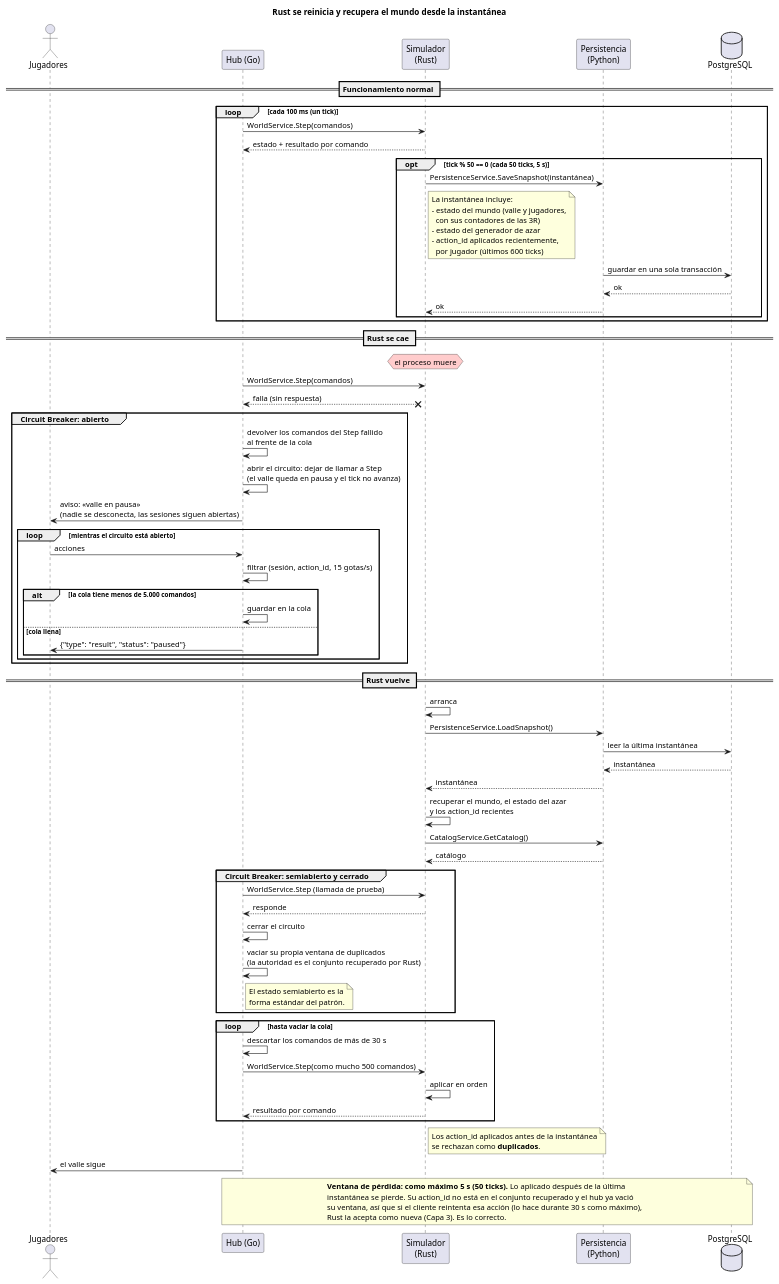
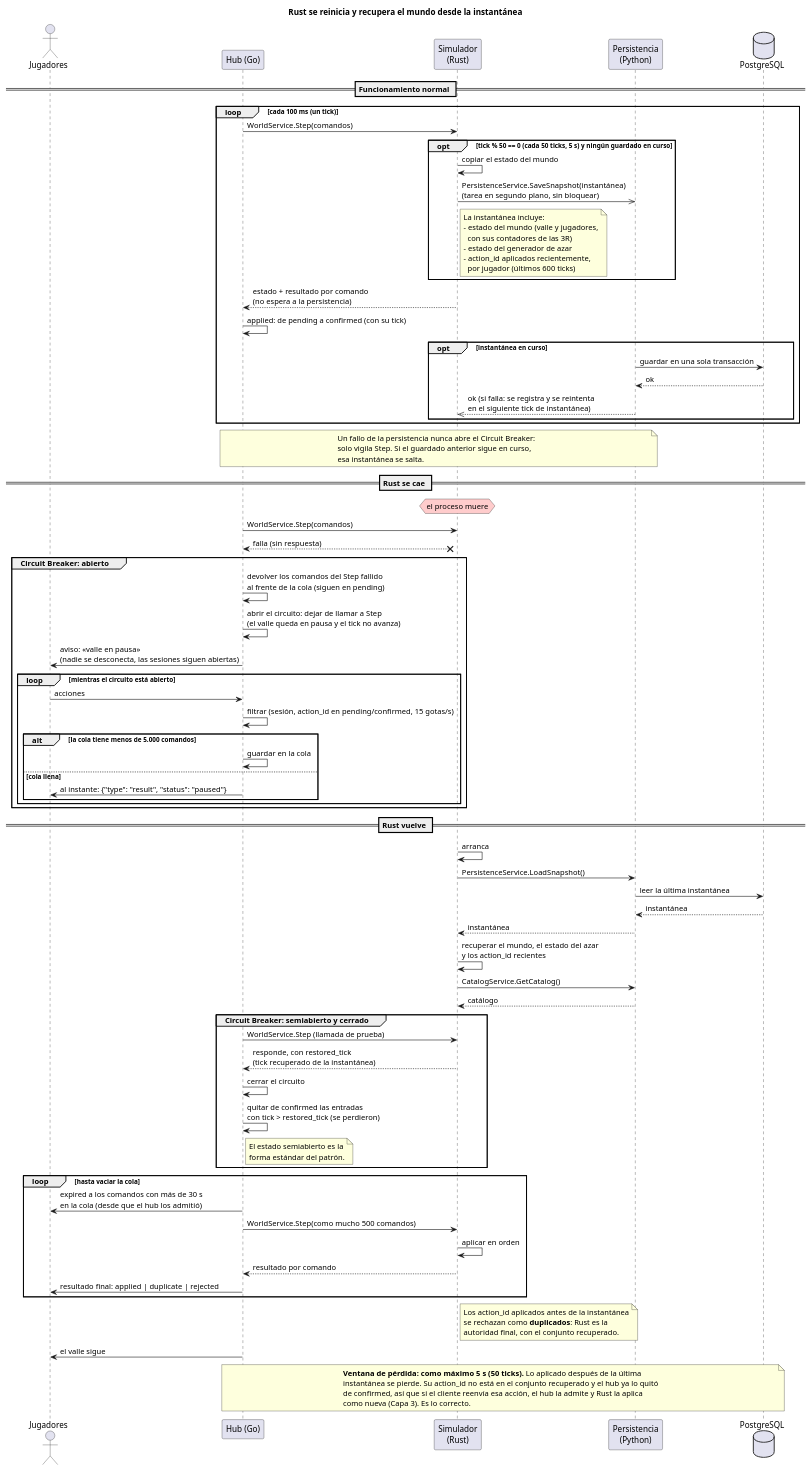
Before and after one commit to iadev2005/hydrovalley: the diagram in docs/diagrams/04-secuencia-reinicio-rust.puml, drawn with PlantUML. The commit also changed 5 other files, not shown here.

```diff
--- a/docs/diagrams/04-secuencia-reinicio-rust.puml
+++ b/docs/diagrams/04-secuencia-reinicio-rust.puml
@@ -1,93 +1,104 @@
 @startuml 04-secuencia-reinicio-rust
 title Rust se reinicia y recupera el mundo desde la instantánea
 
 actor "Jugadores" as Players
 participant "Hub (Go)" as Hub
 participant "Simulador\n(Rust)" as World
 participant "Persistencia\n(Python)" as Persistence
 database "PostgreSQL" as Db
 
 == Funcionamiento normal ==
 
 loop cada 100 ms (un tick)
   Hub -> World : WorldService.Step(comandos)
-  World --> Hub : estado + resultado por comando
-  opt tick % 50 == 0 (cada 50 ticks, 5 s)
-    World -> Persistence : PersistenceService.SaveSnapshot(instantánea)
+  opt tick % 50 == 0 (cada 50 ticks, 5 s) y ningún guardado en curso
+    World -> World : copiar el estado del mundo
+    World ->> Persistence : PersistenceService.SaveSnapshot(instantánea)\n(tarea en segundo plano, sin bloquear)
     note right of World
       La instantánea incluye:
       - estado del mundo (valle y jugadores,
         con sus contadores de las 3R)
       - estado del generador de azar
       - action_id aplicados recientemente,
         por jugador (últimos 600 ticks)
     end note
+  end
+  World --> Hub : estado + resultado por comando\n(no espera a la persistencia)
+  Hub -> Hub : applied: de pending a confirmed (con su tick)
+  opt instantánea en curso
     Persistence -> Db : guardar en una sola transacción
     Db --> Persistence : ok
-    Persistence --> World : ok
+    Persistence -->> World : ok (si falla: se registra y se reintenta\nen el siguiente tick de instantánea)
   end
 end
+note over Hub, Persistence
+  Un fallo de la persistencia nunca abre el Circuit Breaker:
+  solo vigila Step. Si el guardado anterior sigue en curso,
+  esa instantánea se salta.
+end note
 
 == Rust se cae ==
 
 hnote over World #FFCCCC : el proceso muere
 Hub -> World : WorldService.Step(comandos)
 Hub <--x World : falla (sin respuesta)
 
 group Circuit Breaker: abierto
-  Hub -> Hub : devolver los comandos del Step fallido\nal frente de la cola
+  Hub -> Hub : devolver los comandos del Step fallido\nal frente de la cola (siguen en pending)
   Hub -> Hub : abrir el circuito: dejar de llamar a Step\n(el valle queda en pausa y el tick no avanza)
   Hub -> Players : aviso: «valle en pausa»\n(nadie se desconecta, las sesiones siguen abiertas)
   loop mientras el circuito está abierto
     Players -> Hub : acciones
-    Hub -> Hub : filtrar (sesión, action_id, 15 gotas/s)
+    Hub -> Hub : filtrar (sesión, action_id en pending/confirmed, 15 gotas/s)
     alt la cola tiene menos de 5.000 comandos
       Hub -> Hub : guardar en la cola
     else cola llena
-      Hub -> Players : {"type": "result", "status": "paused"}
+      Hub -> Players : al instante: {"type": "result", "status": "paused"}
     end
   end
 end
 
 == Rust vuelve ==
 
 World -> World : arranca
 World -> Persistence : PersistenceService.LoadSnapshot()
 Persistence -> Db : leer la última instantánea
 Db --> Persistence : instantánea
 Persistence --> World : instantánea
 World -> World : recuperar el mundo, el estado del azar\ny los action_id recientes
 World -> Persistence : CatalogService.GetCatalog()
 Persistence --> World : catálogo
 
 group Circuit Breaker: semiabierto y cerrado
   Hub -> World : WorldService.Step (llamada de prueba)
-  World --> Hub : responde
+  World --> Hub : responde, con restored_tick\n(tick recuperado de la instantánea)
   Hub -> Hub : cerrar el circuito
-  Hub -> Hub : vaciar su propia ventana de duplicados\n(la autoridad es el conjunto recuperado por Rust)
+  Hub -> Hub : quitar de confirmed las entradas\ncon tick > restored_tick (se perdieron)
   note right of Hub
     El estado semiabierto es la
     forma estándar del patrón.
   end note
 end
 
 loop hasta vaciar la cola
-  Hub -> Hub : descartar los comandos de más de 30 s
+  Hub -> Players : expired a los comandos con más de 30 s\nen la cola (desde que el hub los admitió)
   Hub -> World : WorldService.Step(como mucho 500 comandos)
   World -> World : aplicar en orden
   World --> Hub : resultado por comando
+  Hub -> Players : resultado final: applied | duplicate | rejected
 end
 note right of World
   Los action_id aplicados antes de la instantánea
-  se rechazan como <b>duplicados</b>.
+  se rechazan como <b>duplicados</b>: Rust es la
+  autoridad final, con el conjunto recuperado.
 end note
 Hub -> Players : el valle sigue
 
 note over Hub, Db
   <b>Ventana de pérdida: como máximo 5 s (50 ticks).</b> Lo aplicado después de la última
-  instantánea se pierde. Su action_id no está en el conjunto recuperado y el hub ya vació
-  su ventana, así que si el cliente reintenta esa acción (lo hace durante 30 s como máximo),
-  Rust la acepta como nueva (Capa 3). Es lo correcto.
+  instantánea se pierde. Su action_id no está en el conjunto recuperado y el hub ya lo quitó
+  de confirmed, así que si el cliente reenvía esa acción, el hub la admite y Rust la aplica
+  como nueva (Capa 3). Es lo correcto.
 end note
 
 @enduml
```
